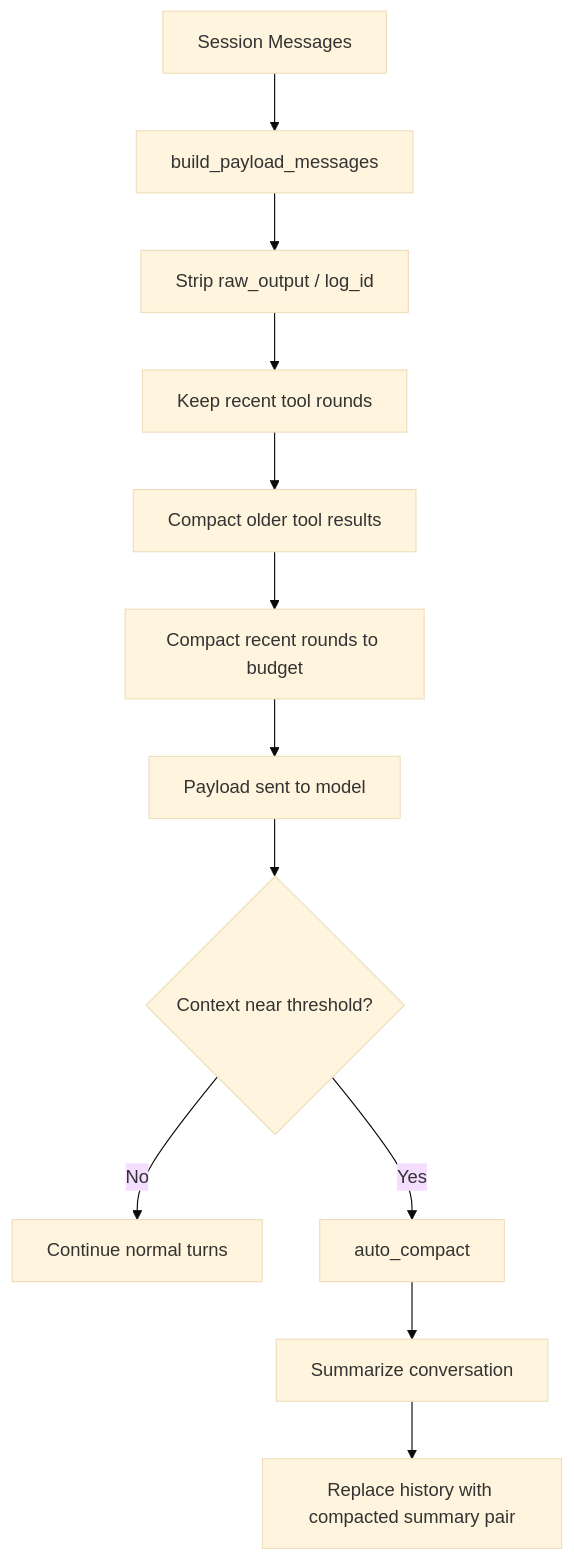
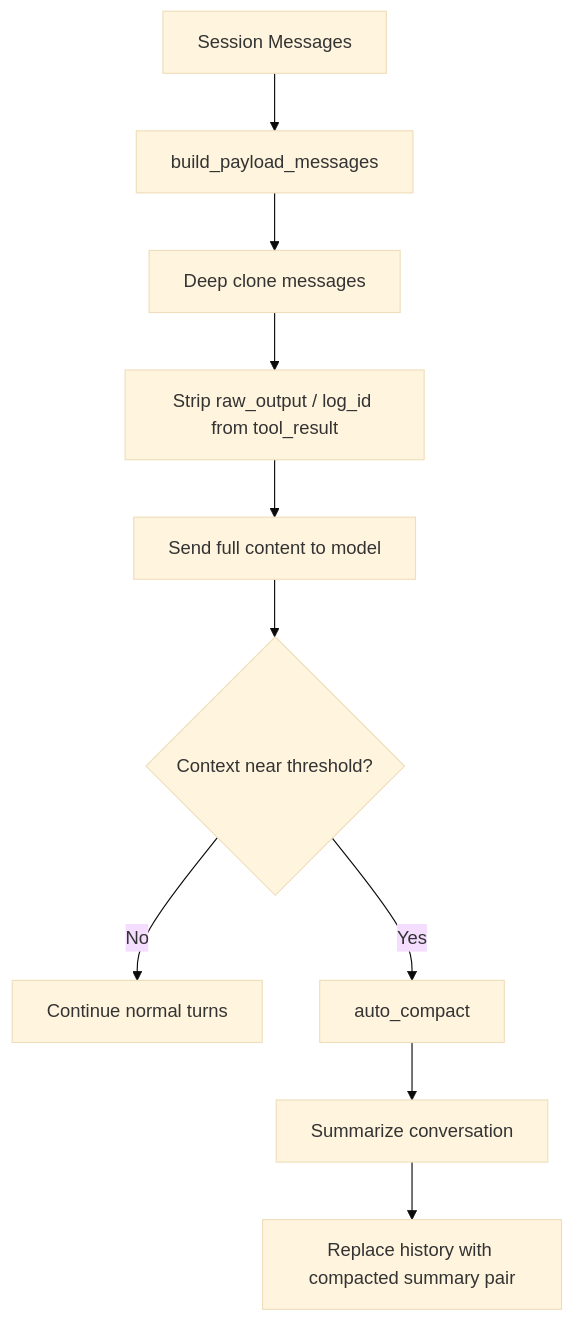
Before and after one commit to keiqkeqi321/somnia: the diagram in Docs/12-压缩策略.md, drawn with Mermaid (base theme). The commit also changed other lines of this file and 14 other files, not shown here.

````diff
--- a/Docs/12-压缩策略.md
+++ b/Docs/12-压缩策略.md
@@ -19,15 +17,13 @@
 ```mermaid
 flowchart TD
     A[Session Messages] --> B[build_payload_messages]
-    B --> C[Strip raw_output / log_id]
-    C --> D[Keep recent tool rounds]
-    D --> E[Compact older tool results]
-    E --> F[Compact recent rounds to budget]
-    F --> G[Payload sent to model]
+    B --> C[Deep clone messages]
+    C --> D[Strip raw_output / log_id from tool_result]
+    D --> E[Send full content to model]
 
-    G --> H{Context near threshold?}
-    H -- No --> I[Continue normal turns]
-    H -- Yes --> J[auto_compact]
-    J --> K[Summarize conversation]
-    K --> L[Replace history with compacted summary pair]
+    E --> F{Context near threshold?}
+    F -- No --> G[Continue normal turns]
+    F -- Yes --> H[auto_compact]
+    H --> I[Summarize conversation]
+    I --> J[Replace history with compacted summary pair]
 ```
````
